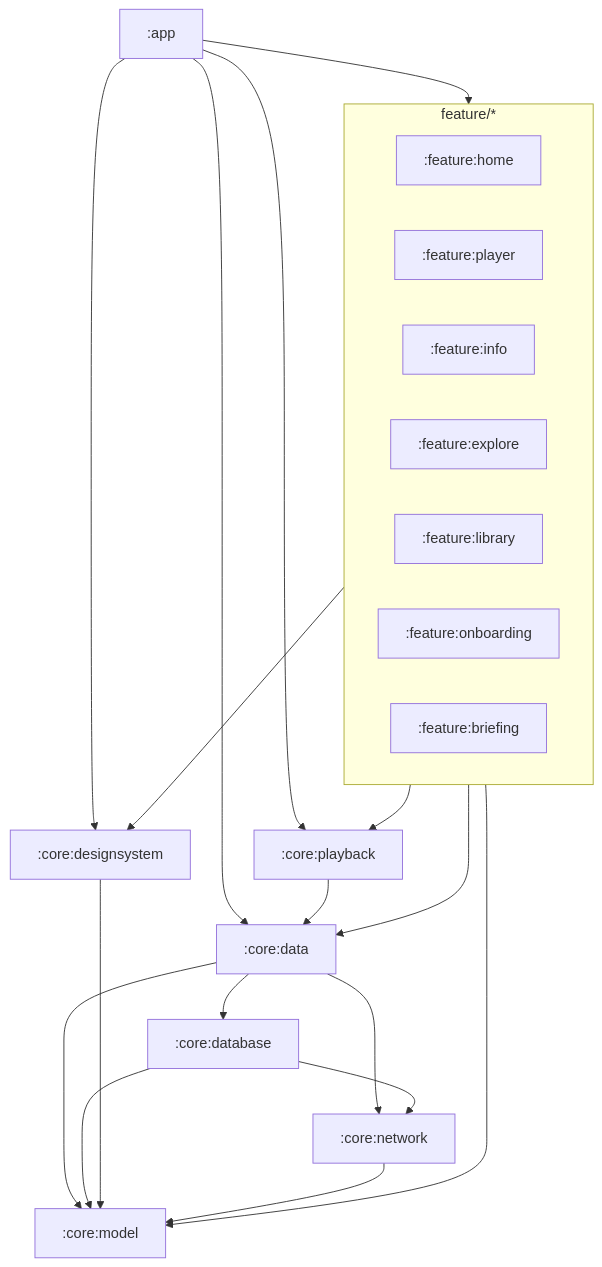
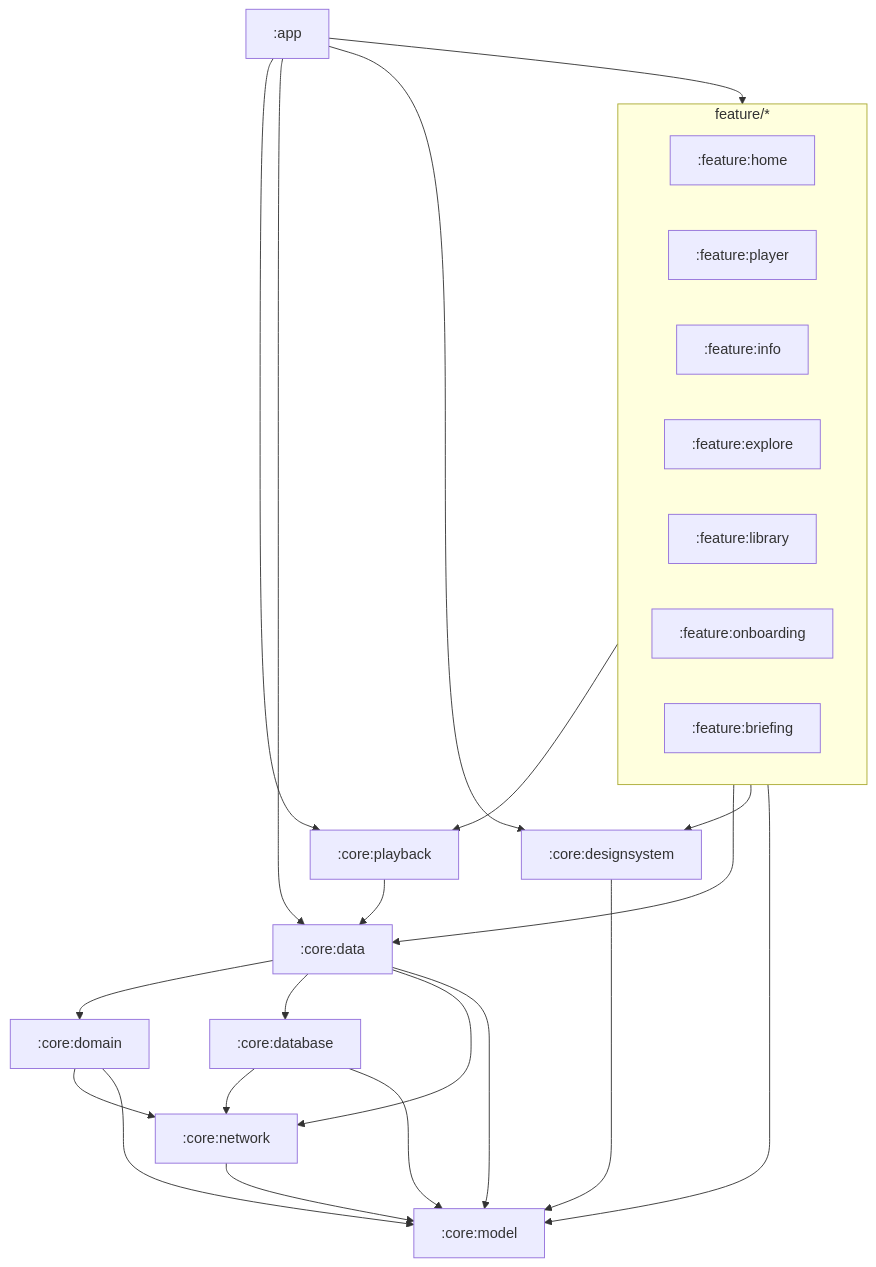
One commit to boxcreate/boxlore changed the diagram in ARCHITECTURE.md. Above: the diagram before and after it, drawn with Mermaid. The commit also changed other lines of this file and 23 other files, not shown here.

First line of the commit message:
refactor(P22): extract :core:domain ports module

````diff
--- a/ARCHITECTURE.md
+++ b/ARCHITECTURE.md
@@ -36,36 +37,40 @@
 ```mermaid
 flowchart TB
   app[:app]
   subgraph features [feature/*]
     home[:feature:home]
     player[:feature:player]
     info[:feature:info]
     explore[:feature:explore]
     library[:feature:library]
     onboarding[:feature:onboarding]
     briefing[:feature:briefing]
   end
   playback[:core:playback]
   data[:core:data]
+  domain[:core:domain]
   database[:core:database]
   network[:core:network]
   design[:core:designsystem]
   model[:core:model]
 
   app --> features
   app --> playback
   app --> data
   app --> design
   features --> playback
   features --> data
   features --> design
   features --> model
   playback --> data
+  data --> domain
   data --> database
   data --> network
   data --> model
+  domain --> network
+  domain --> model
   database --> network
   database --> model
   design --> model
   network --> model
 ```
````
